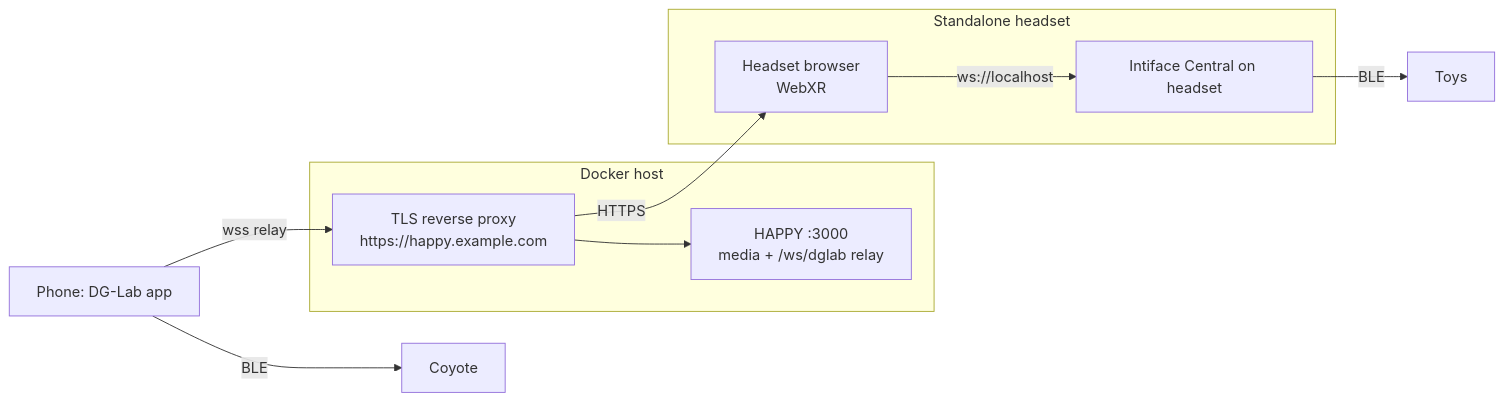
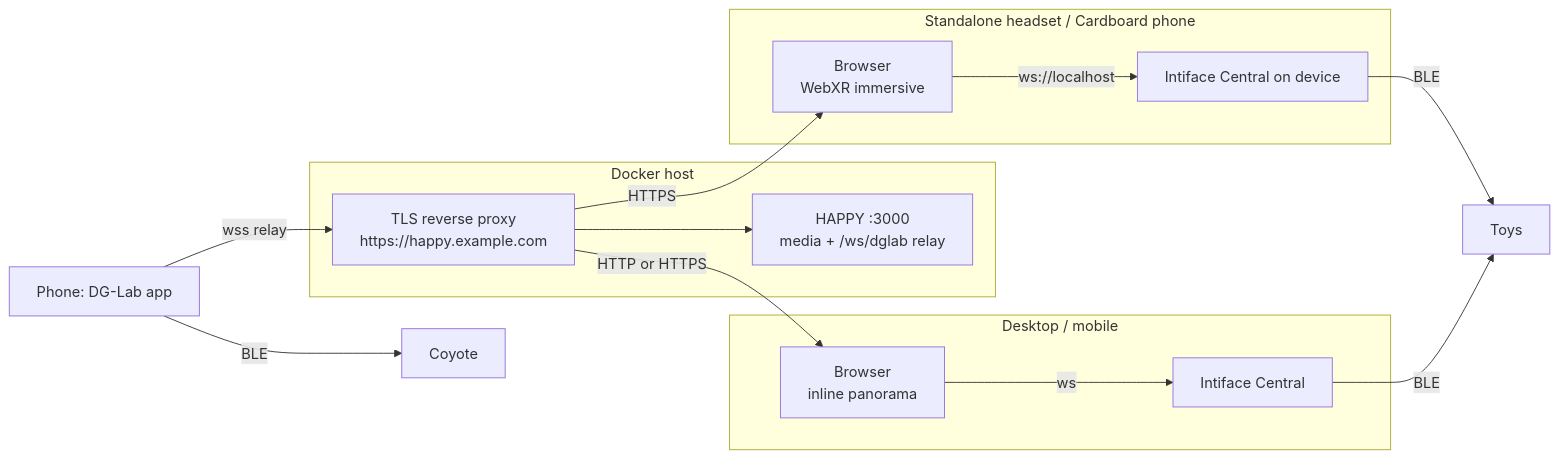
One commit to lumbar-spine-support/docker-haptic-player changed the first of 2 diagrams in .github/instructions/webxr-vr180.instructions.md. Above: the diagram before and after it, drawn with Mermaid. The commit also changed other lines of this file, not shown here.

Commit message:
docs: update plan for VR (first desktop/phone target, then standalone VR headset)

````diff
--- a/.github/instructions/webxr-vr180.instructions.md
+++ b/.github/instructions/webxr-vr180.instructions.md
@@ -22,14 +37,19 @@
 ```mermaid
 flowchart LR
   subgraph Server[Docker host]
     RP[TLS reverse proxy<br/>https://happy.example.com] --> HAPPY[HAPPY :3000<br/>media + /ws/dglab relay]
   end
-  subgraph B[Standalone headset]
-    HB[Headset browser<br/>WebXR] -->|ws://localhost| HI[Intiface Central on headset]
+  subgraph B[Standalone headset / Cardboard phone]
+    HB[Browser<br/>WebXR immersive] -->|ws://localhost| HI[Intiface Central on device]
+  end
+  subgraph D[Desktop / mobile]
+    DB[Browser<br/>inline panorama] -->|ws| DI[Intiface Central]
   end
   PH[Phone: DG-Lab app]
   RP -->|HTTPS| HB
+  RP -->|HTTP or HTTPS| DB
   PH -->|wss relay| RP
   HI -->|BLE| T[Toys]
   PH -->|BLE| C[Coyote]
+  DI -->|BLE| T
 ```
````
